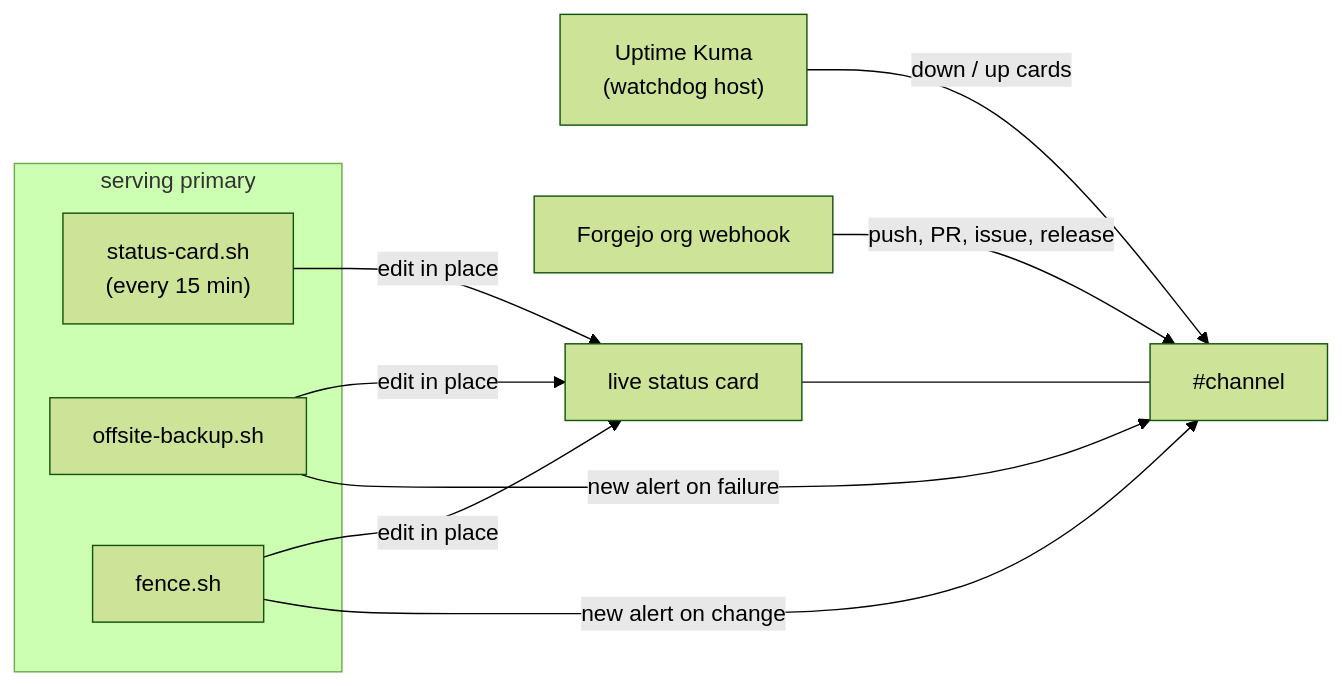
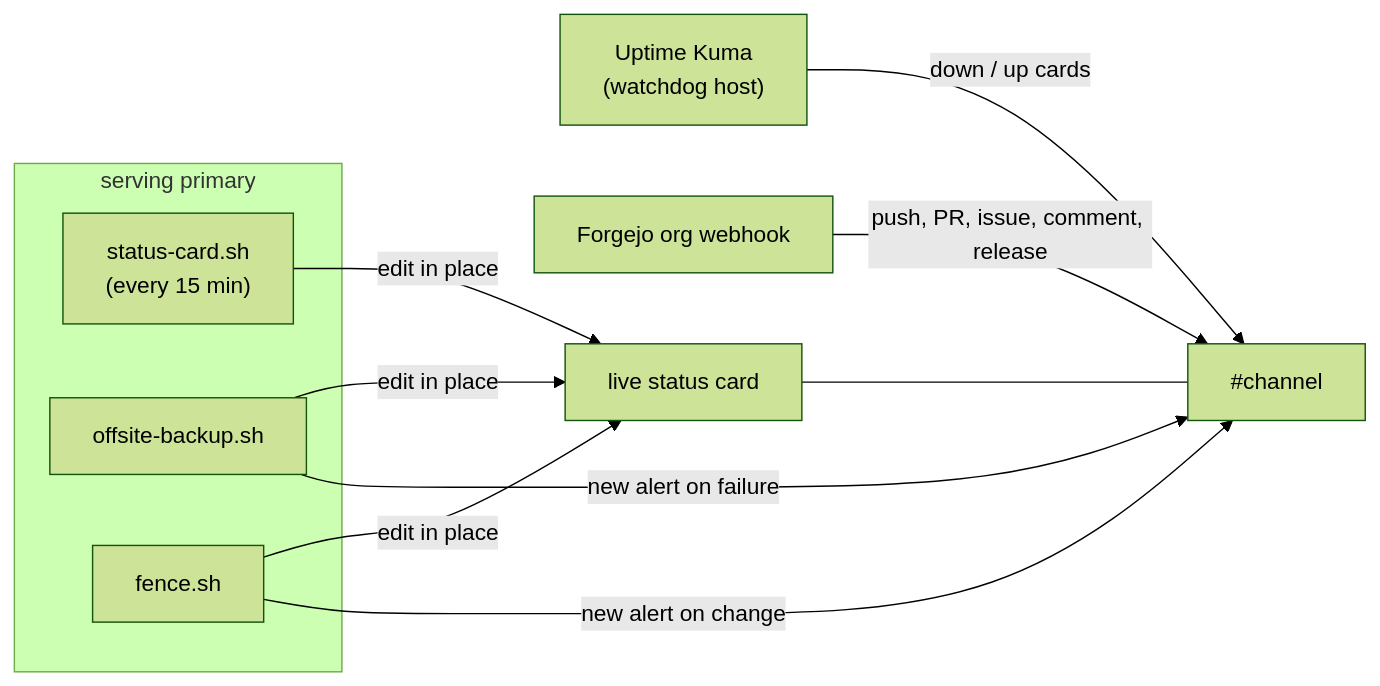
One commit to h1n054ur/vps-git changed the sixth of 6 diagrams in README.md. Above: the diagram before and after it, drawn with Mermaid (forest theme). The commit also changed other lines of this file, not shown here.

````diff
--- a/README.md
+++ b/README.md
@@ -313,18 +317,18 @@
 ```mermaid
 flowchart LR
   subgraph node ["serving primary"]
     status["status-card.sh<br/>(every 15 min)"]
     bk["offsite-backup.sh"]
     fence["fence.sh"]
   end
   kuma["Uptime Kuma<br/>(watchdog host)"]
   fj["Forgejo org webhook"]
   status -->|"edit in place"| card["live status card"]
   bk -->|"edit in place"| card
   fence -->|"edit in place"| card
   bk -->|"new alert on failure"| ch["#channel"]
   fence -->|"new alert on change"| ch
   kuma -->|"down / up cards"| ch
-  fj -->|"push, PR, issue, release"| ch
+  fj -->|"push, PR, issue, comment, release"| ch
   card --- ch
 ```
````
